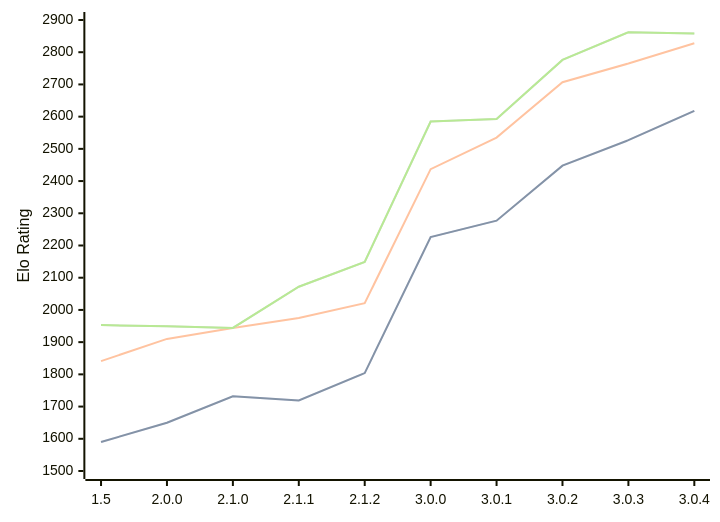
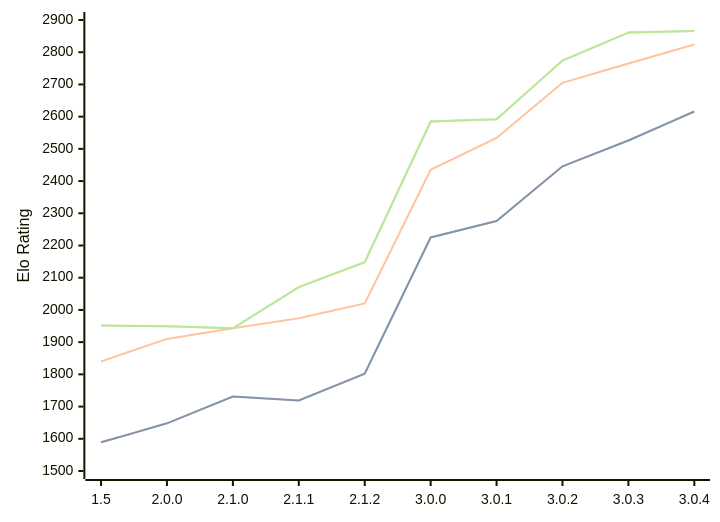
One commit to computer-chess-index/cci changed the first of 3 diagrams in engines/Rudim.md. Above: the diagram before and after it, drawn with Mermaid. The commit also changed other lines of this file, not shown here.

Commit message:
Update CCI Ratings (ELO VLTC) - 2026-06-26

````diff
--- a/engines/Rudim.md
+++ b/engines/Rudim.md
@@ -49,11 +49,11 @@
 ```mermaid
 %%{init: {"theme":"base","themeVariables":{"seriesColors:['#a3a3a3','#222221','#faa371']}}}%%
 xychart-beta
   x-axis ["1.5", "2.0.0", "2.1.0", "2.1.1", "2.1.2", "3.0.0", "3.0.1", "3.0.2", "3.0.3", "3.0.4"]
   y-axis "Elo Rating" 1500 --> 2900
-  line "STC (8.0+0.08s)" [1590, 1650, 1732, 1719, 1804, 2226, 2277, 2448, 2527, 2618]
-  line "STC (8.0+0.08s)" [1590, 1650, 1732, 1719, 1804, 2226, 2277, 2448, 2527, 2618]
-  line "LTC (60.0+0.60s)" [1841, 1910, 1944, 1975, 2021, 2437, 2535, 2707, 2765, 2828]
-  line "VLTC (2m24s+1.12s)" [1953, 1949, 1944, 2072, 2149, 2585, 2593, 2776, 2862, 2858]
-  line "VLTC (2m24s+1.12s)" [1953, 1949, 1944, 2072, 2149, 2585, 2593, 2776, 2862, 2858]
+  line "STC (8.0+0.08s)" [1589, 1648, 1731, 1719, 1802, 2225, 2276, 2446, 2526, 2616]
+  line "STC (8.0+0.08s)" [1589, 1648, 1731, 1719, 1802, 2225, 2276, 2446, 2526, 2616]
+  line "LTC (60.0+0.60s)" [1840, 1910, 1943, 1974, 2020, 2435, 2534, 2705, 2765, 2824]
+  line "VLTC (2m24s+1.12s)" [1952, 1949, 1943, 2071, 2148, 2585, 2592, 2774, 2861, 2866]
+  line "VLTC (2m24s+1.12s)" [1952, 1949, 1943, 2071, 2148, 2585, 2592, 2774, 2861, 2866]
 ```
````
